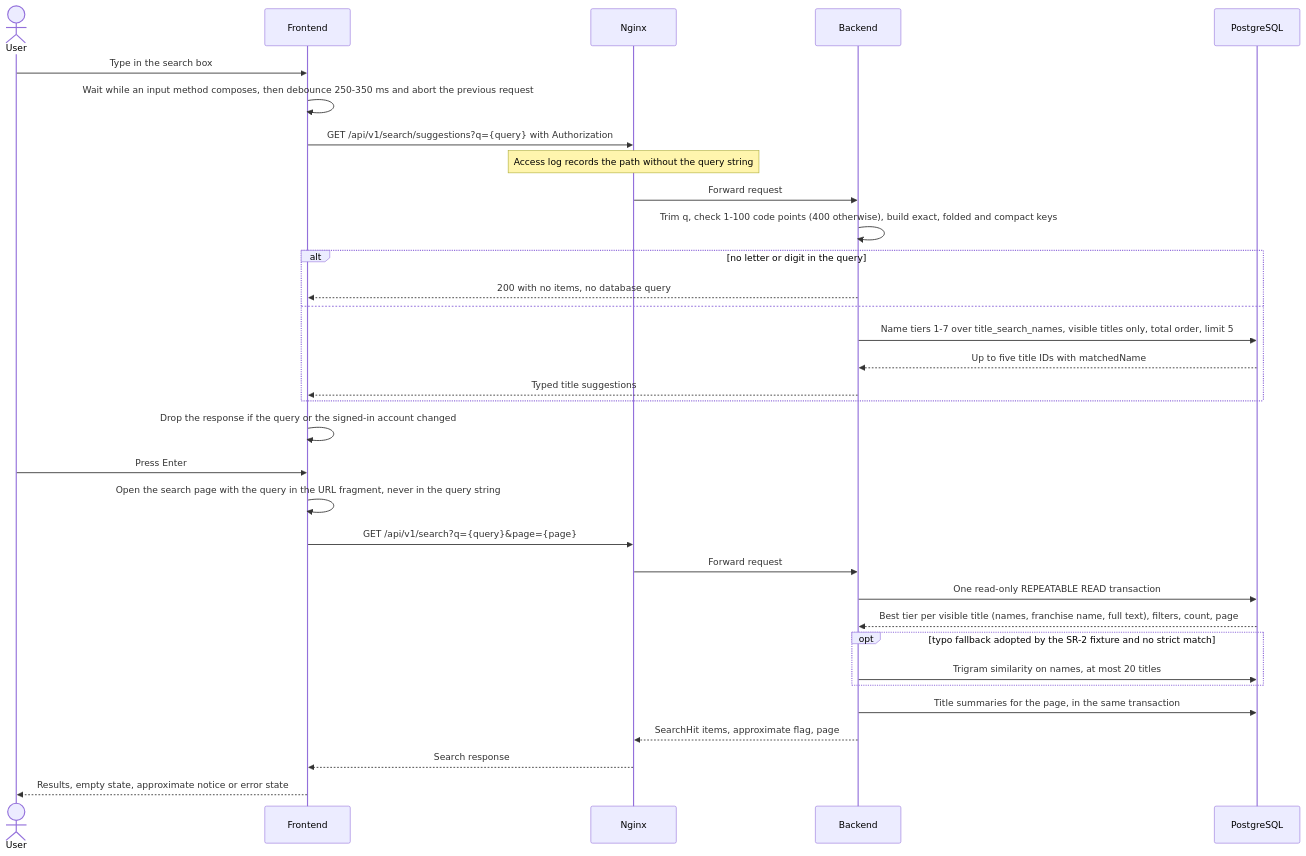
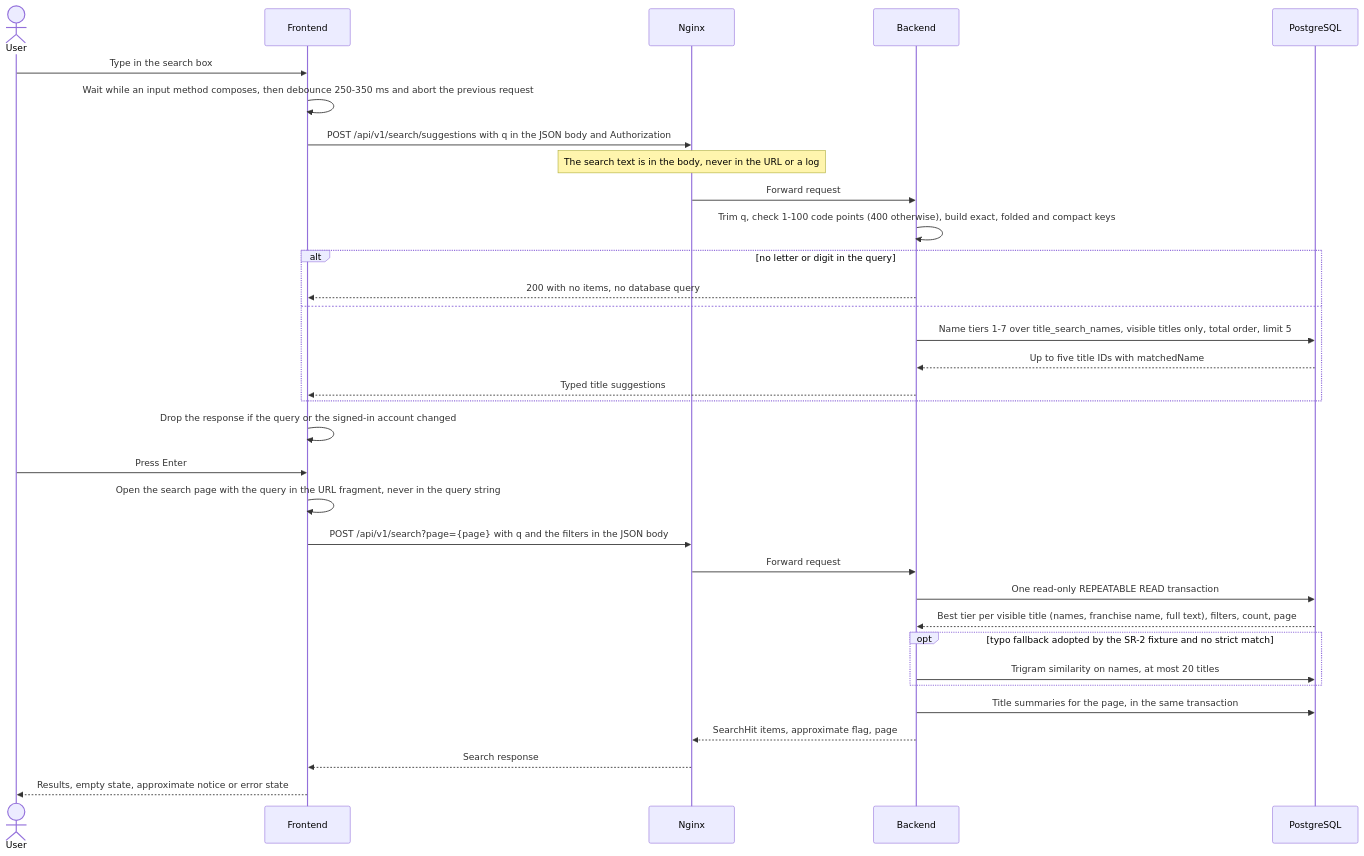
Before and after one commit to Duyphanb/Self-hosted-VoD-Platform: the tenth of 10 diagrams in docs/architecture/SEQUENCE-DIAGRAMS.md, drawn with Mermaid. The commit also changed 4 other files, not shown here.

First line of the commit message:
docs(search): take the search text in a request body

````diff
--- a/docs/architecture/SEQUENCE-DIAGRAMS.md
+++ b/docs/architecture/SEQUENCE-DIAGRAMS.md
@@ -354,36 +354,36 @@
 ```mermaid
 sequenceDiagram
     actor User
     participant Frontend
     participant Nginx
     participant Backend
     participant PostgreSQL
 
     User->>Frontend: Type in the search box
     Frontend->>Frontend: Wait while an input method composes, then debounce 250-350 ms and abort the previous request
-    Frontend->>Nginx: GET /api/v1/search/suggestions?q={query} with Authorization
-    Note over Nginx: Access log records the path without the query string
+    Frontend->>Nginx: POST /api/v1/search/suggestions with q in the JSON body and Authorization
+    Note over Nginx: The search text is in the body, never in the URL or a log
     Nginx->>Backend: Forward request
     Backend->>Backend: Trim q, check 1-100 code points (400 otherwise), build exact, folded and compact keys
     alt no letter or digit in the query
         Backend-->>Frontend: 200 with no items, no database query
     else
         Backend->>PostgreSQL: Name tiers 1-7 over title_search_names, visible titles only, total order, limit 5
         PostgreSQL-->>Backend: Up to five title IDs with matchedName
         Backend-->>Frontend: Typed title suggestions
     end
     Frontend->>Frontend: Drop the response if the query or the signed-in account changed
     User->>Frontend: Press Enter
     Frontend->>Frontend: Open the search page with the query in the URL fragment, never in the query string
-    Frontend->>Nginx: GET /api/v1/search?q={query}&page={page}
+    Frontend->>Nginx: POST /api/v1/search?page={page} with q and the filters in the JSON body
     Nginx->>Backend: Forward request
     Backend->>PostgreSQL: One read-only REPEATABLE READ transaction
     PostgreSQL-->>Backend: Best tier per visible title (names, franchise name, full text), filters, count, page
     opt typo fallback adopted by the SR-2 fixture and no strict match
         Backend->>PostgreSQL: Trigram similarity on names, at most 20 titles
     end
     Backend->>PostgreSQL: Title summaries for the page, in the same transaction
     Backend-->>Nginx: SearchHit items, approximate flag, page
     Nginx-->>Frontend: Search response
     Frontend-->>User: Results, empty state, approximate notice or error state
 ```
````
